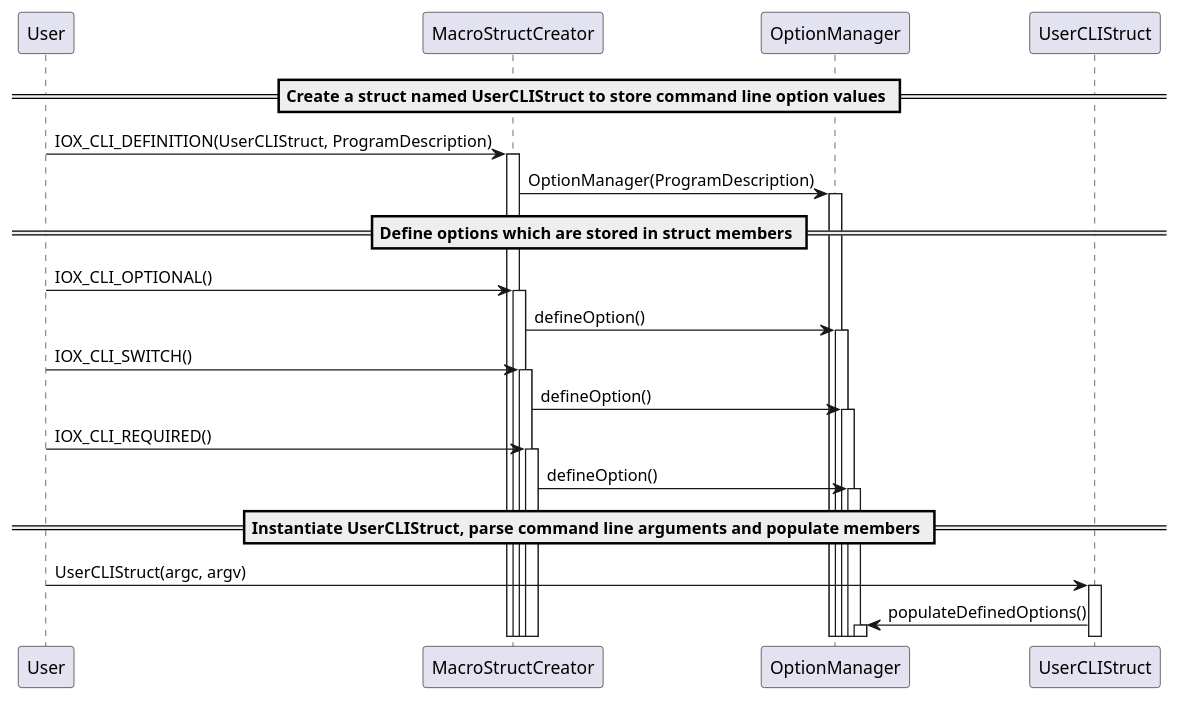
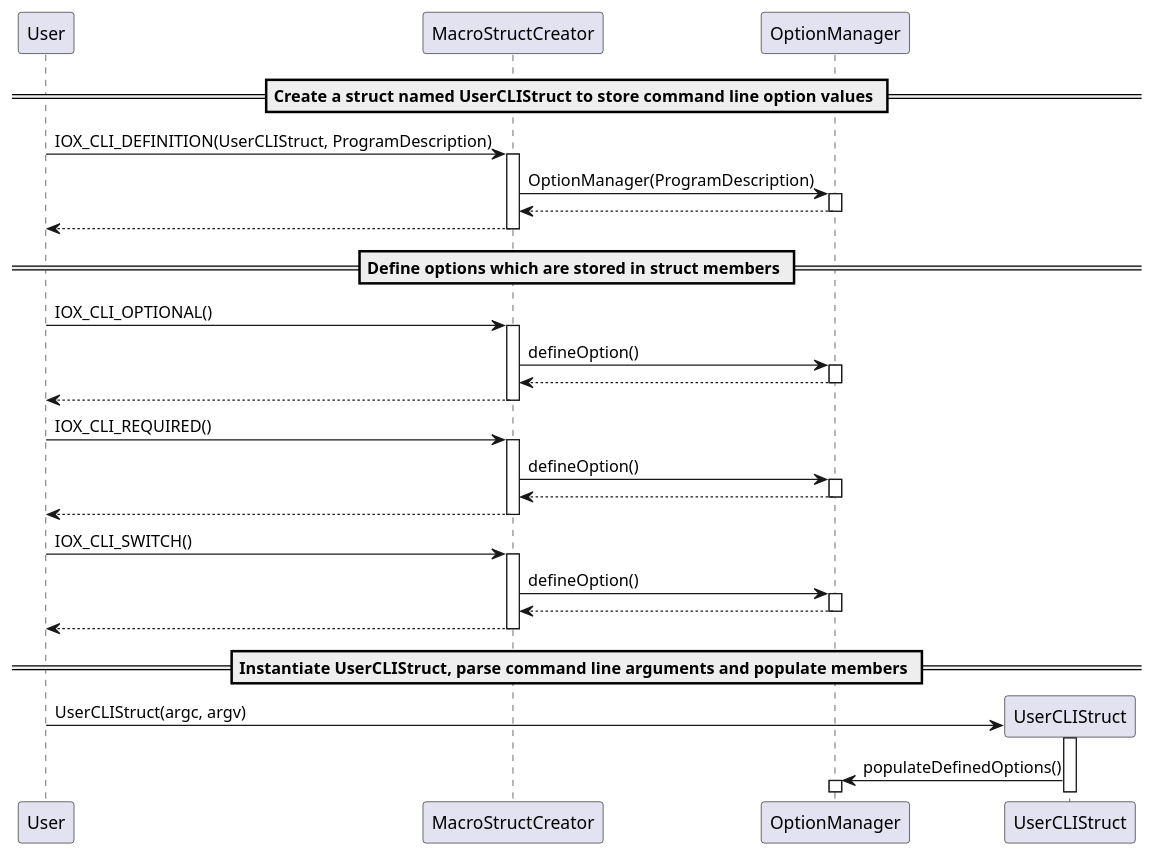
The diagram in doc/design/diagrams/command_line_parser/command_line_parser_macro_usage.puml (eclipse-iceoryx/iceoryx), drawn with PlantUML before and after one commit. The commit also changed 5 other files, not shown here.

Commit message:
iox-#1067 Adjusted design document example to be consistent with diagrams, renamed test

```diff
--- a/doc/design/diagrams/command_line_parser/command_line_parser_macro_usage.puml
+++ b/doc/design/diagrams/command_line_parser/command_line_parser_macro_usage.puml
@@ -1,24 +1,43 @@
 @startuml
 
 == Create a struct named UserCLIStruct to store command line option values ==
 
 User -> MacroStructCreator ++ : IOX_CLI_DEFINITION(UserCLIStruct, ProgramDescription)
+
 MacroStructCreator -> OptionManager ++ : OptionManager(ProgramDescription)
+return
 
+return
 == Define options which are stored in struct members ==
 
 User -> MacroStructCreator ++ : IOX_CLI_OPTIONAL()
+
 MacroStructCreator -> OptionManager ++ : defineOption()
+return
+
+return
+
+
+User -> MacroStructCreator ++ : IOX_CLI_REQUIRED()
+
+MacroStructCreator -> OptionManager ++ : defineOption()
+return
+
+return
+
 
 User -> MacroStructCreator ++ : IOX_CLI_SWITCH()
+
 MacroStructCreator -> OptionManager ++ : defineOption()
+return
 
-User -> MacroStructCreator ++ : IOX_CLI_REQUIRED()
-MacroStructCreator -> OptionManager ++ : defineOption()
+return
 
 == Instantiate UserCLIStruct, parse command line arguments and populate members ==
+
+create UserCLIStruct
 
 User -> UserCLIStruct ++ : UserCLIStruct(argc, argv)
 UserCLIStruct -> OptionManager ++ : populateDefinedOptions()
 
 @enduml
```
